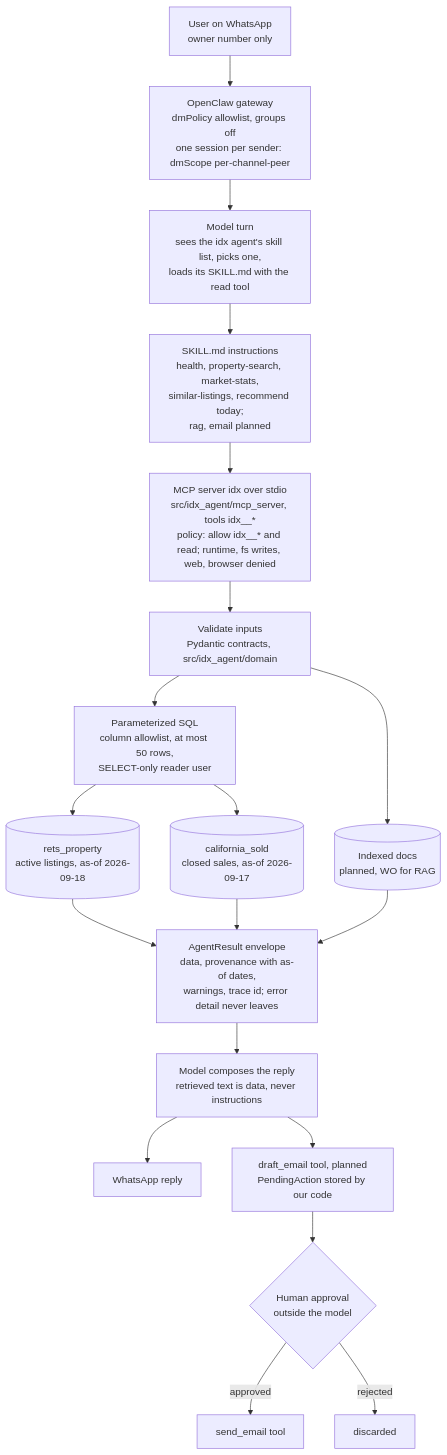
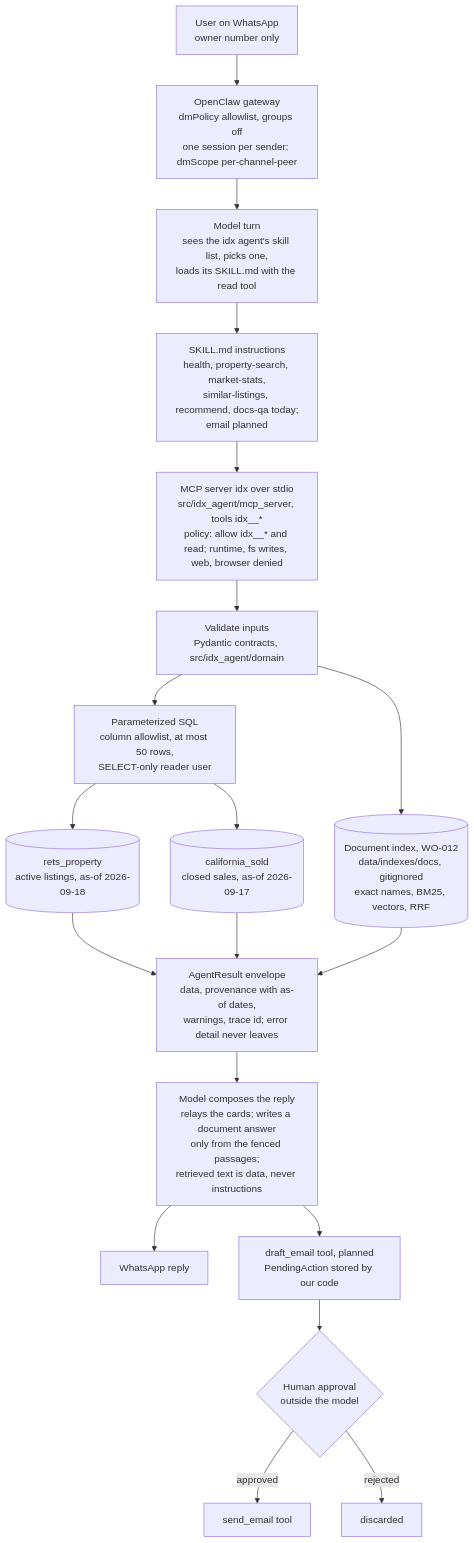
The diagram in docs/ARCHITECTURE.md (kudratsingh/IDX-Exchange-Agentic-AI), drawn with Mermaid before and after one commit. The commit also changed other lines of this file and 49 other files, not shown here.

First line of the commit message:
feat(rag): WO-012 document answers over the reference documents, hybrid retrieval

````diff
--- a/docs/ARCHITECTURE.md
+++ b/docs/ARCHITECTURE.md
@@ -9,21 +9,21 @@
 ```mermaid
 flowchart TD
     U[User on WhatsApp<br/>owner number only] --> GW[OpenClaw gateway<br/>dmPolicy allowlist, groups off<br/>one session per sender: dmScope per-channel-peer]
     GW --> M[Model turn<br/>sees the idx agent's skill list, picks one,<br/>loads its SKILL.md with the read tool]
-    M --> SK[SKILL.md instructions<br/>health, property-search, market-stats,<br/>similar-listings, recommend today;<br/>rag, email planned]
+    M --> SK[SKILL.md instructions<br/>health, property-search, market-stats,<br/>similar-listings, recommend, docs-qa today;<br/>email planned]
     SK --> MCP[MCP server idx over stdio<br/>src/idx_agent/mcp_server, tools idx__*<br/>policy: allow idx__* and read; runtime, fs writes, web, browser denied]
     MCP --> V[Validate inputs<br/>Pydantic contracts, src/idx_agent/domain]
     V --> SQL[Parameterized SQL<br/>column allowlist, at most 50 rows,<br/>SELECT-only reader user]
     SQL --> DB1[(rets_property<br/>active listings, as-of 2026-09-18)]
     SQL --> DB2[(california_sold<br/>closed sales, as-of 2026-09-17)]
-    V --> RAG[(Indexed docs<br/>planned, WO for RAG)]
+    V --> RAG[(Document index, WO-012<br/>data/indexes/docs, gitignored<br/>exact names, BM25, vectors, RRF)]
     DB1 --> R[AgentResult envelope<br/>data, provenance with as-of dates,<br/>warnings, trace id; error detail never leaves]
     DB2 --> R
     RAG --> R
-    R --> M2[Model composes the reply<br/>retrieved text is data, never instructions]
+    R --> M2[Model composes the reply<br/>relays the cards; writes a document answer<br/>only from the fenced passages;<br/>retrieved text is data, never instructions]
     M2 --> W[WhatsApp reply]
     M2 --> D[draft_email tool, planned<br/>PendingAction stored by our code]
     D --> A{Human approval<br/>outside the model}
     A -->|approved| S[send_email tool]
     A -->|rejected| X[discarded]
 ```
````
